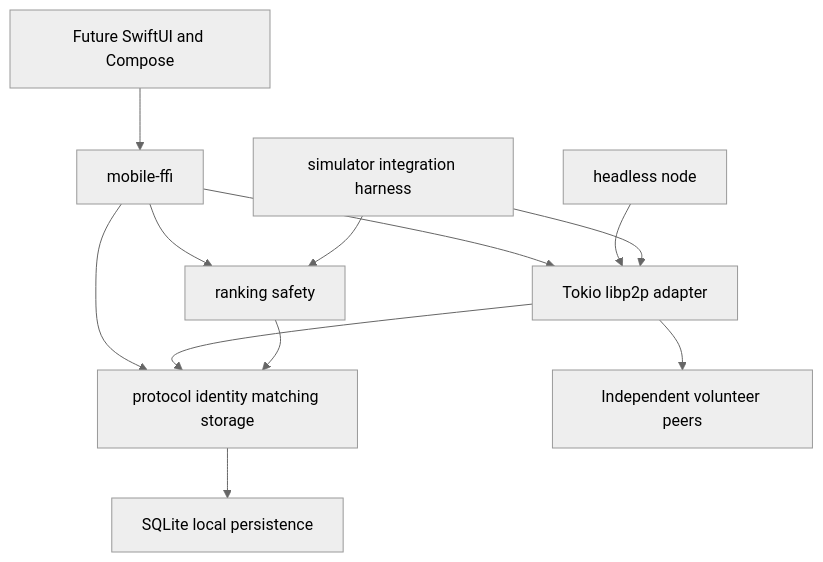
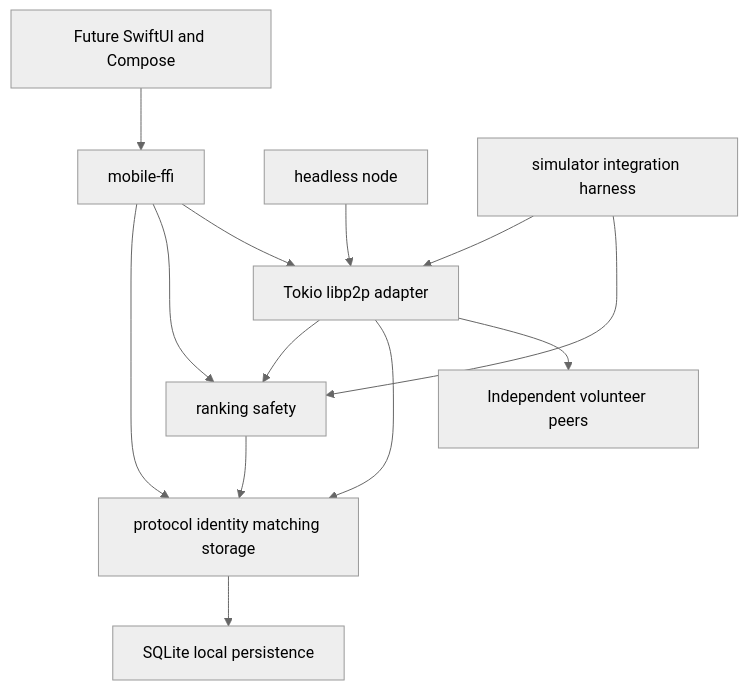
One commit to LucaSforza/annoda changed the diagram in docs/architecture.md. Above: the diagram before and after it, drawn with Mermaid (neutral theme). The commit also changed other lines of this file and 86 other files, not shown here.

````diff
--- a/docs/architecture.md
+++ b/docs/architecture.md
@@ -5,14 +5,15 @@
 ```mermaid
 flowchart TD
     Mobile[Future SwiftUI and Compose] --> FFI[mobile-ffi]
     FFI --> Core[protocol identity matching storage]
     FFI --> Intelligence[ranking safety]
     FFI --> Network[Tokio libp2p adapter]
     Node[headless node] --> Network
     Sim[simulator integration harness] --> Network
     Sim --> Intelligence
+    Network --> Intelligence
     Network --> Core
     Intelligence --> Core
     Core --> DB[SQLite local persistence]
     Network --> Peers[Independent volunteer peers]
 ```
````
